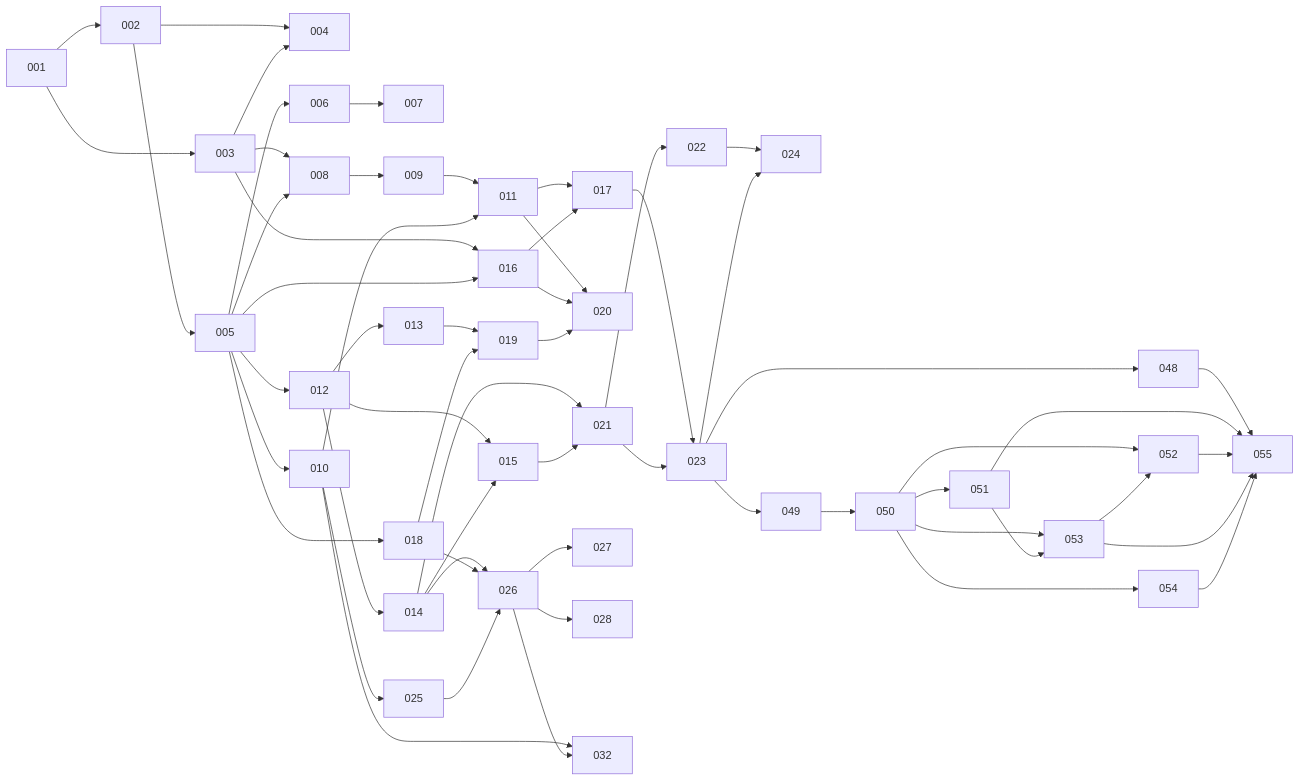
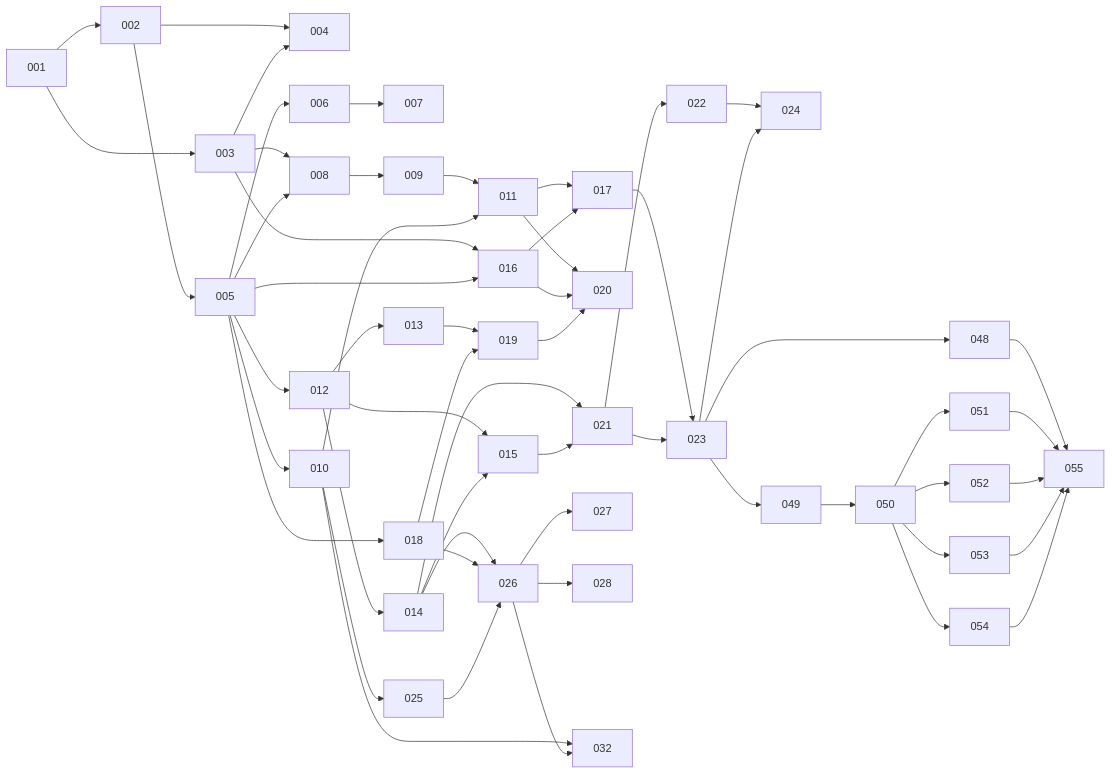
The diagram in ROADMAP.md (stevenpickles/straticate), drawn with Mermaid before and after one commit. The commit also changed other lines of this file, not shown here.

First line of the commit message:
Sync ledger: v0.1.0 released, 047 merged; plan M4 (v0.2.0 waveform timeline) (#70)

````diff
--- a/ROADMAP.md
+++ b/ROADMAP.md
@@ -332,31 +315,29 @@
 ```mermaid
 graph LR
   001 --> 002 & 003
   002 & 003 --> 004
   002 --> 005
   005 --> 006 --> 007
   003 & 005 --> 008 --> 009
   005 --> 010
   009 & 010 --> 011
   005 --> 012 --> 013
   012 --> 014
   012 & 014 --> 015
   003 & 005 --> 016
   011 & 016 --> 017
   005 --> 018
   013 & 018 --> 019
   011 & 016 & 019 --> 020
   014 & 015 --> 021 --> 022
   017 & 021 --> 023
   022 & 023 --> 024
   010 --> 025
   014 & 018 & 025 --> 026
   026 --> 027 & 028
   010 & 026 --> 032
   023 --> 048 & 049
   049 --> 050
   050 --> 051 & 052 & 053 & 054
-  051 --> 053
-  053 --> 052
   048 & 051 & 052 & 053 & 054 --> 055
 ```
````
